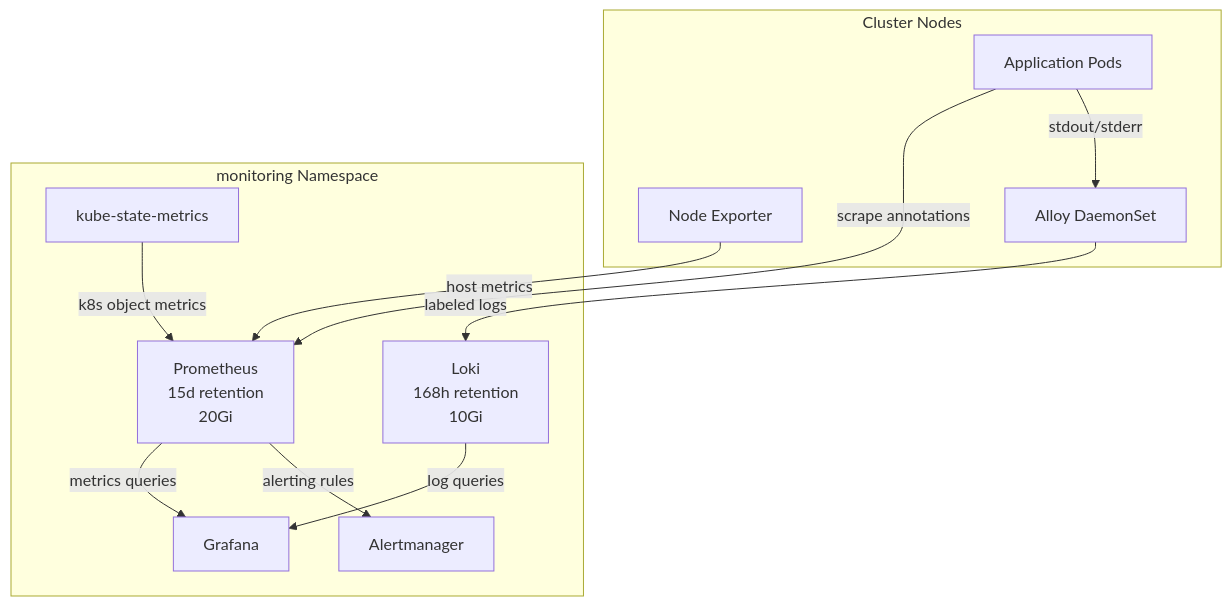
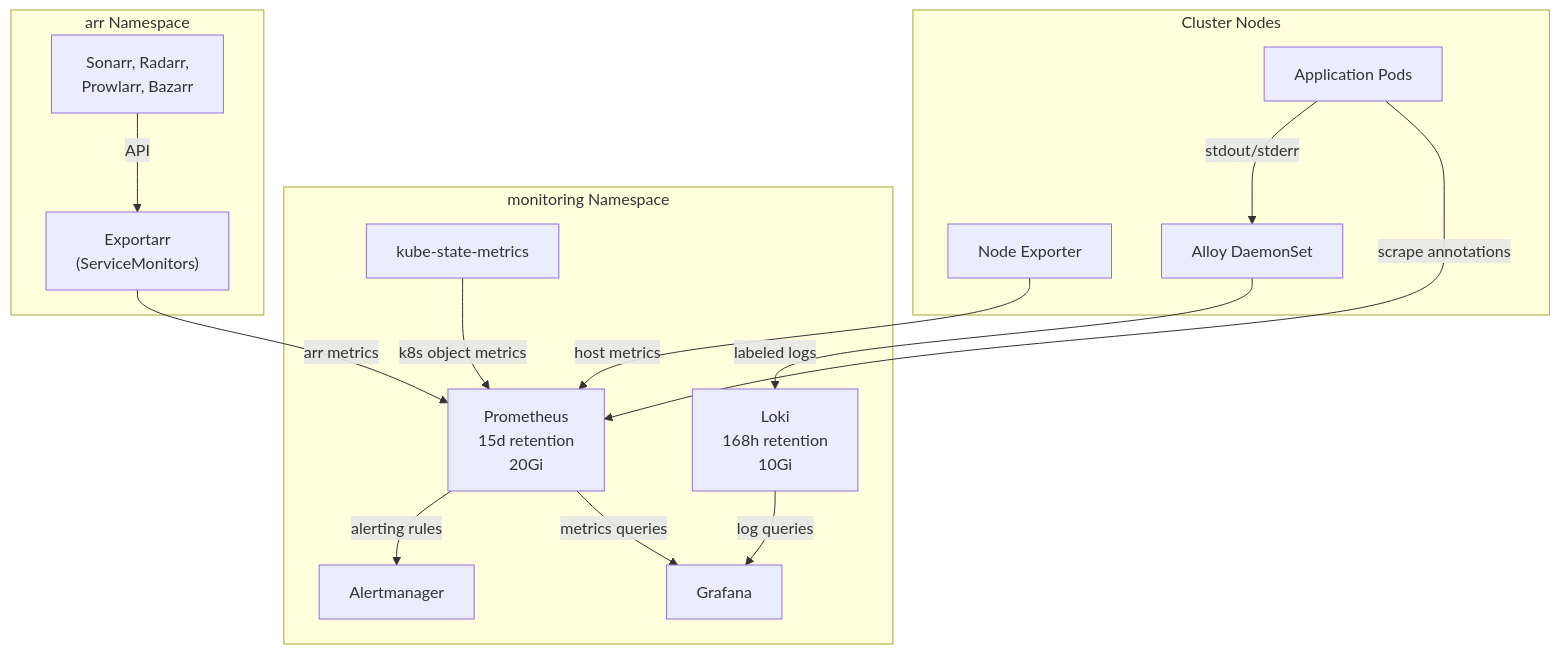
The third of 3 diagrams in docs/architecture/monitoring.md (kyleseneker/homelab), drawn with Mermaid before and after one commit. The commit also changed other lines of this file and 5 other files, not shown here.

Commit message:
docs: update architecture, reference, and landing pages for new components

````diff
--- a/docs/architecture/monitoring.md
+++ b/docs/architecture/monitoring.md
@@ -161,25 +164,33 @@
 ```mermaid
 flowchart TD
     subgraph nodes["Cluster Nodes"]
         ne["Node Exporter"]
         alloyDs["Alloy DaemonSet"]
         appPods["Application Pods"]
     end
 
     subgraph monitoring["monitoring Namespace"]
         prom["Prometheus\n15d retention\n20Gi"]
         loki["Loki\n168h retention\n10Gi"]
         grafana["Grafana"]
         am["Alertmanager"]
         ksm["kube-state-metrics"]
     end
 
     ne -->|"host metrics"| prom
     ksm -->|"k8s object metrics"| prom
     appPods -->|"scrape annotations"| prom
     appPods -->|"stdout/stderr"| alloyDs
     alloyDs -->|"labeled logs"| loki
     prom -->|"metrics queries"| grafana
     loki -->|"log queries"| grafana
     prom -->|"alerting rules"| am
+
+    subgraph arr["arr Namespace"]
+        exportarr["Exportarr\n(ServiceMonitors)"]
+        arrApps["Sonarr, Radarr,\nProwlarr, Bazarr"]
+    end
+
+    arrApps -->|"API"| exportarr
+    exportarr -->|"arr metrics"| prom
 ```
````
